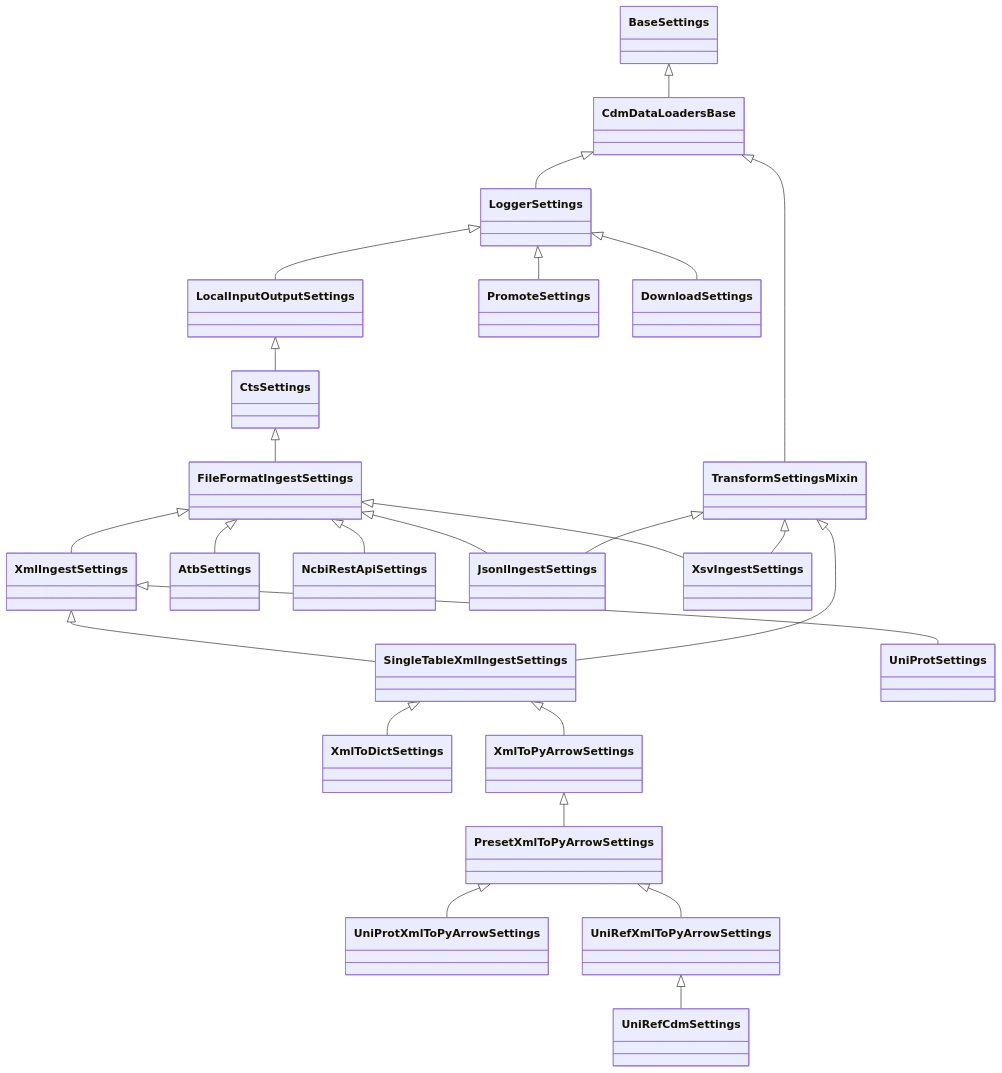
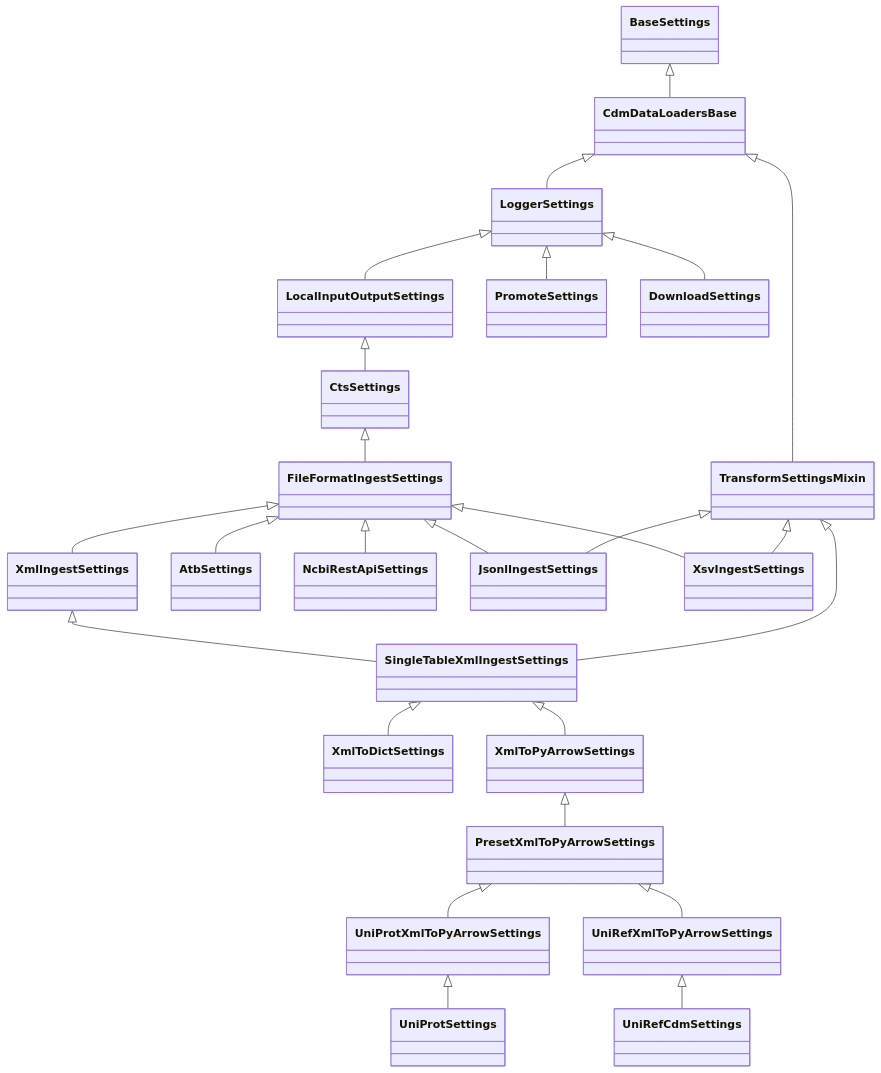
Before and after one commit to kbase/cdm-data-loaders: the first of 2 diagrams in docs/core_cts_execution.md, drawn with Mermaid. The commit also changed 18 other files, not shown here.

````diff
--- a/docs/core_cts_execution.md
+++ b/docs/core_cts_execution.md
@@ -98,28 +98,28 @@
 ```mermaid
 classDiagram
     BaseSettings <|-- CdmDataLoadersBase
     CdmDataLoadersBase <|-- LoggerSettings
     CdmDataLoadersBase <|-- TransformSettingsMixin
     LoggerSettings <|-- LocalInputOutputSettings
     LocalInputOutputSettings <|-- CtsSettings
     CtsSettings <|-- FileFormatIngestSettings
     FileFormatIngestSettings <|-- XmlIngestSettings
     XmlIngestSettings <|-- SingleTableXmlIngestSettings
     TransformSettingsMixin <|-- SingleTableXmlIngestSettings
 
     LoggerSettings <|-- PromoteSettings
     LoggerSettings <|-- DownloadSettings
     FileFormatIngestSettings <|-- AtbSettings
     FileFormatIngestSettings <|-- NcbiRestApiSettings
-    XmlIngestSettings <|-- UniProtSettings
     FileFormatIngestSettings <|-- JsonlIngestSettings
     FileFormatIngestSettings <|-- XsvIngestSettings
     TransformSettingsMixin <|-- JsonlIngestSettings
     TransformSettingsMixin <|-- XsvIngestSettings
     SingleTableXmlIngestSettings <|-- XmlToDictSettings
     SingleTableXmlIngestSettings <|-- XmlToPyArrowSettings
     XmlToPyArrowSettings <|-- PresetXmlToPyArrowSettings
     PresetXmlToPyArrowSettings <|-- UniProtXmlToPyArrowSettings
     PresetXmlToPyArrowSettings <|-- UniRefXmlToPyArrowSettings
+    UniProtXmlToPyArrowSettings <|-- UniProtSettings
     UniRefXmlToPyArrowSettings <|-- UniRefCdmSettings
 ```
````
